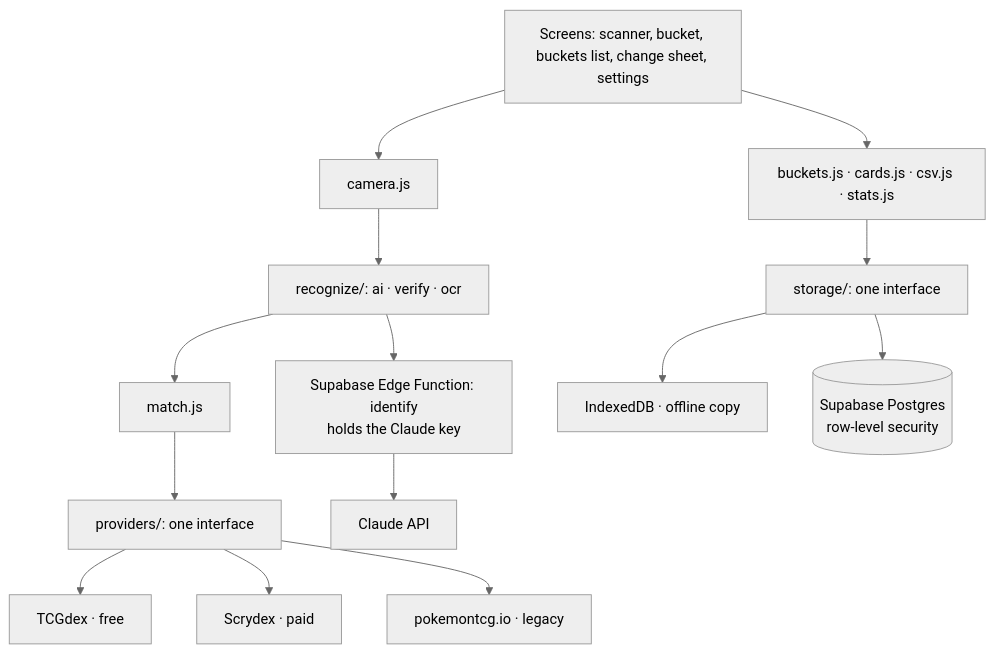
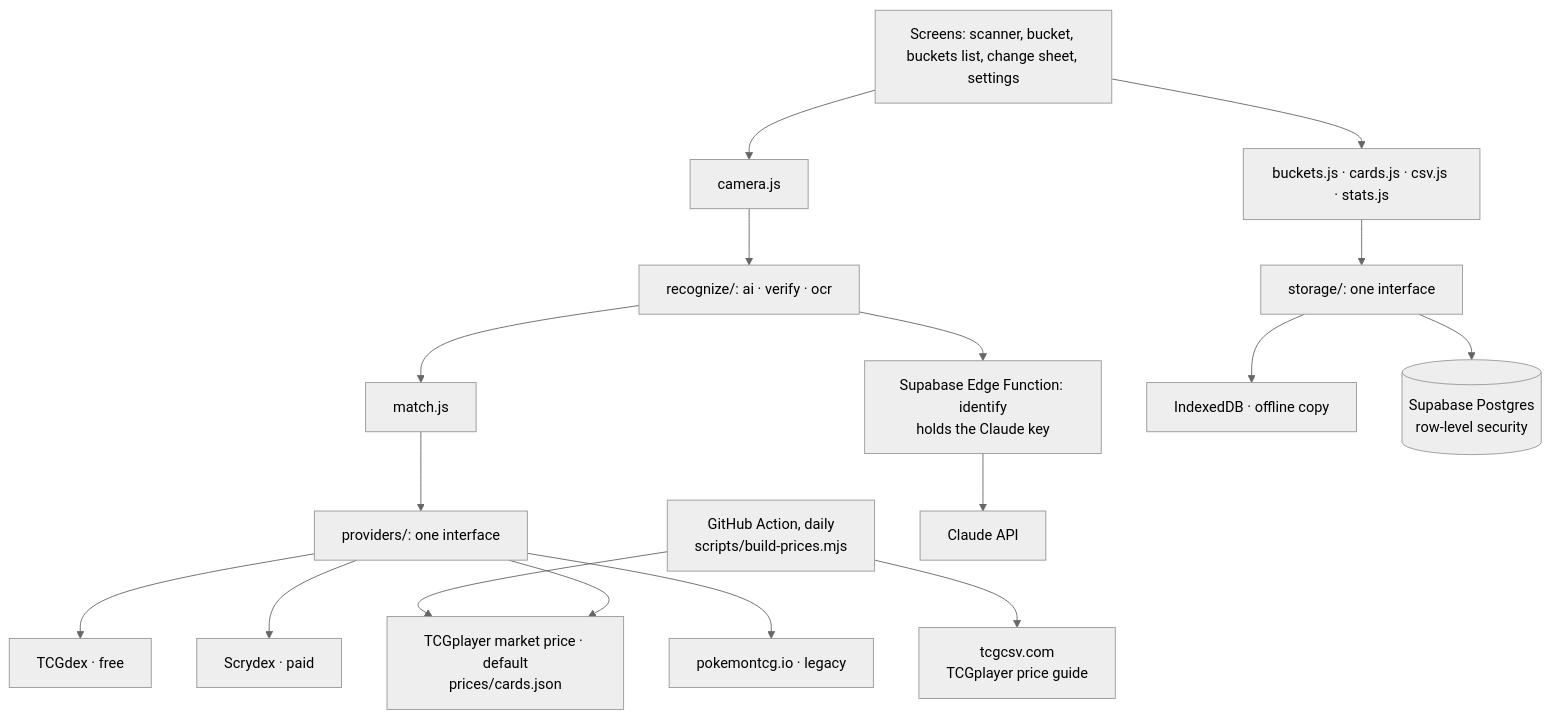
Before and after one commit to thedanny2k/ezscanner: the second of 2 diagrams in docs/architecture.md, drawn with Mermaid (neutral theme). The commit also changed other lines of this file and 30 other files, not shown here.

Commit message:
TCGplayer market prices (daily) + Collectr-style search

````diff
--- a/docs/architecture.md
+++ b/docs/architecture.md
@@ -21,17 +21,20 @@
 ```mermaid
 flowchart TB
   UI[Screens: scanner, bucket, buckets list, change sheet, settings]
   UI --> CAM[camera.js]
   UI --> BK[buckets.js · cards.js · csv.js · stats.js]
   CAM --> REC[recognize/: ai · verify · ocr]
   REC --> M[match.js]
   M --> P[providers/: one interface]
+  P --> TP[TCGplayer market price · default<br/>prices/cards.json]
   P --> T[TCGdex · free]
   P --> S[Scrydex · paid]
   P --> L[pokemontcg.io · legacy]
+  GA[GitHub Action, daily<br/>scripts/build-prices.mjs] --> TCSV[tcgcsv.com<br/>TCGplayer price guide]
+  GA --> TP
   REC --> EF[Supabase Edge Function: identify<br/>holds the Claude key]
   EF --> CL[Claude API]
   BK --> ST[storage/: one interface]
   ST --> IDB[IndexedDB · offline copy]
   ST --> DB[(Supabase Postgres<br/>row-level security)]
 ```
````
